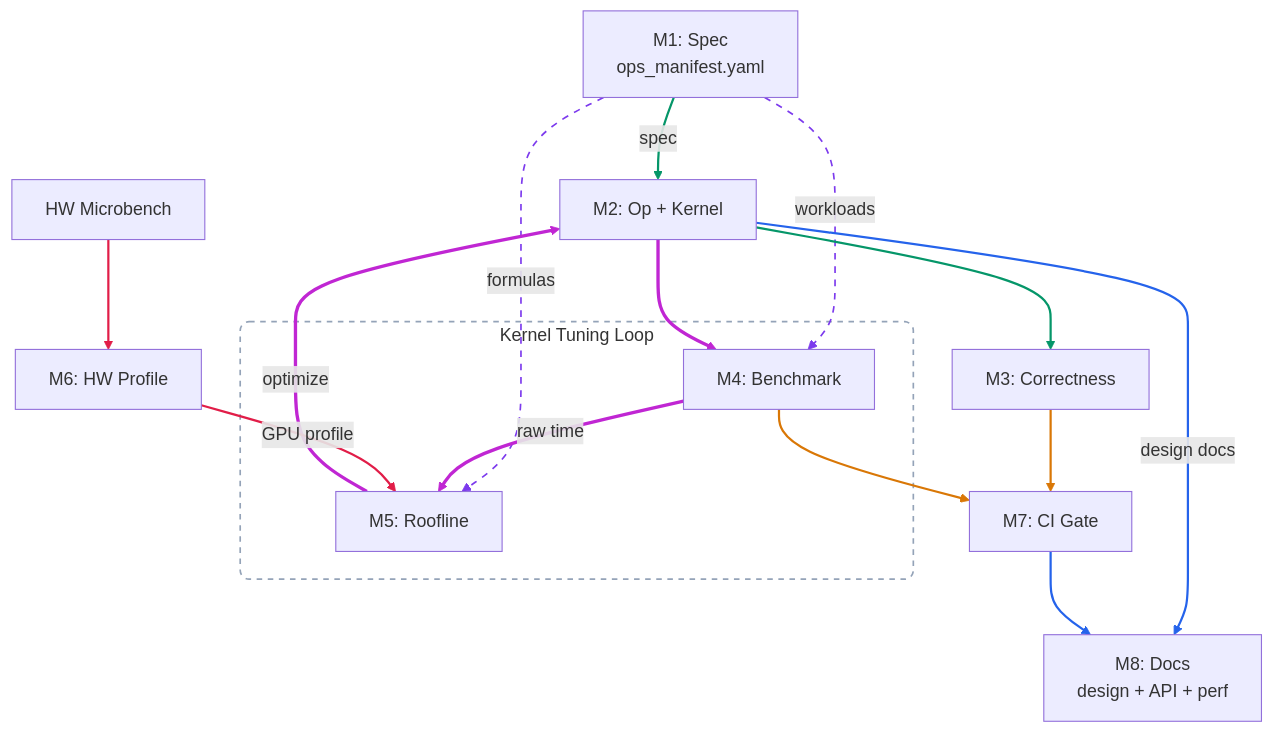
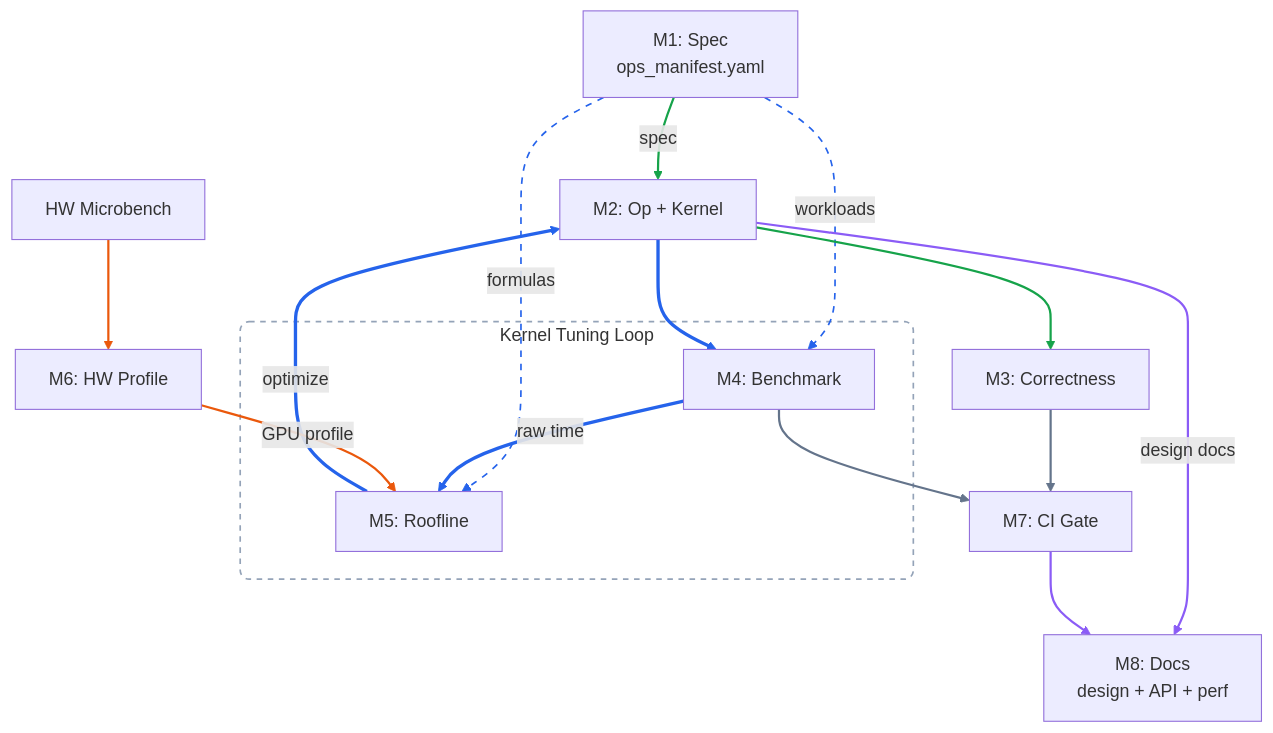
The diagram in docs/architecture.md (tile-ai/TileOPs), drawn with Mermaid before and after one commit. The commit also changed other lines of this file, not shown here.

Commit message:
[Doc] Rework edge palette for maximum hue separation
Five distinct hue families: green (op delivery), blue (perf tuning),
orange (HW calibration), slate (CI guard), violet (publish).
No more red/purple/orange confusion.

````diff
--- a/docs/architecture.md
+++ b/docs/architecture.md
@@ -13,43 +13,43 @@
 ```mermaid
 graph TD
     M1["M1: Spec<br/>ops_manifest.yaml"]
     M2["M2: Op + Kernel"]
     M3["M3: Correctness"]
     M6["M6: HW Profile"]
     HW["HW Microbench"]
     M7["M7: CI Gate"]
     M8["M8: Docs<br/>design + API + perf"]
 
     subgraph loop ["Kernel Tuning Loop"]
         M4["M4: Benchmark"]
         M5["M5: Roofline"]
     end
 
     M1 -- "spec" --> M2
     M1 -- "workloads" --> M4
     M1 -- "formulas" --> M5
     M2 --> M3
 
     M2 --> M4
     M4 -- "raw time" --> M5
     M5 -- "optimize" --> M2
 
     HW --> M6
     M6 -- "GPU profile" --> M5
 
     M3 --> M7
     M4 --> M7
 
     M2 -- "design docs" --> M8
     M7 --> M8
 
     style loop fill:none,stroke:#94a3b8,stroke-width:1.5px,stroke-dasharray:5,rx:8,ry:8
 
-    linkStyle 0 stroke:#059669,stroke-width:2px
-    linkStyle 1,2 stroke:#7c3aed,stroke-width:1.5px,stroke-dasharray:6
-    linkStyle 3 stroke:#059669,stroke-width:2px
-    linkStyle 4,5,6 stroke:#c026d3,stroke-width:3px
-    linkStyle 7,8 stroke:#e11d48,stroke-width:2px
-    linkStyle 9,10 stroke:#d97706,stroke-width:2px
-    linkStyle 11,12 stroke:#2563eb,stroke-width:2px
+    linkStyle 0 stroke:#16a34a,stroke-width:2px
+    linkStyle 1,2 stroke:#2563eb,stroke-width:1.5px,stroke-dasharray:6
+    linkStyle 3 stroke:#16a34a,stroke-width:2px
+    linkStyle 4,5,6 stroke:#2563eb,stroke-width:3px
+    linkStyle 7,8 stroke:#ea580c,stroke-width:2px
+    linkStyle 9,10 stroke:#64748b,stroke-width:2px
+    linkStyle 11,12 stroke:#8b5cf6,stroke-width:2px
 ```
````
